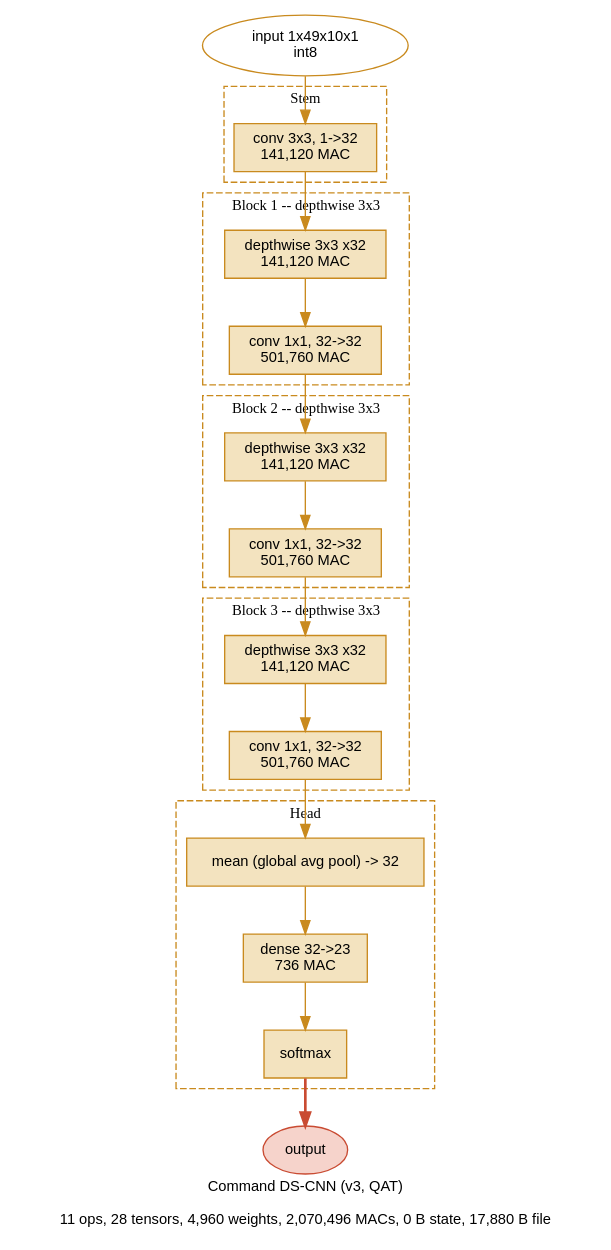
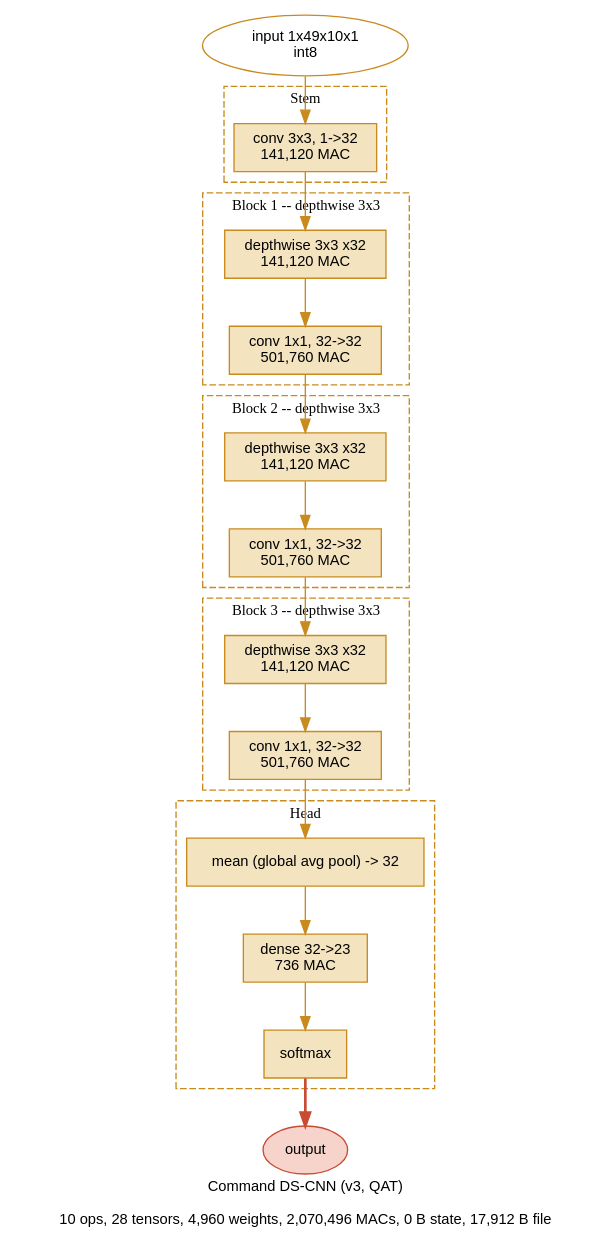
The diagram in docs/sphinx/_generated/command.dot (ckeller42/kws-de), drawn with Graphviz before and after one commit. The commit also changed 2 other files, not shown here.

```diff
--- a/docs/sphinx/_generated/command.dot
+++ b/docs/sphinx/_generated/command.dot
@@ -1,44 +1,44 @@
 digraph model {
   rankdir=TB;
   node [shape=box, style=filled, fillcolor="#F3E3BF", color="#C98A1E", fontname="Helvetica", fontsize=11];
   edge [fontname="Helvetica", fontsize=9];
   IN [label="input 1x49x10x1\nint8", shape=oval, style=filled, fillcolor=white, color="#C98A1E"];
   OUT [label="output", shape=oval, style=filled, fillcolor="#F6D3CB", color="#C94B32"];
   subgraph cluster_0 {
     label="Stem"; style=dashed; color="#C98A1E"; fontsize=11;
     op0 [label="conv 3x3, 1->32\n141,120 MAC"];
   }
   subgraph cluster_1 {
     label="Block 1 -- depthwise 3x3"; style=dashed; color="#C98A1E"; fontsize=11;
     op1 [label="depthwise 3x3 x32\n141,120 MAC"];
     op2 [label="conv 1x1, 32->32\n501,760 MAC"];
   }
   subgraph cluster_2 {
     label="Block 2 -- depthwise 3x3"; style=dashed; color="#C98A1E"; fontsize=11;
     op3 [label="depthwise 3x3 x32\n141,120 MAC"];
     op4 [label="conv 1x1, 32->32\n501,760 MAC"];
   }
   subgraph cluster_3 {
     label="Block 3 -- depthwise 3x3"; style=dashed; color="#C98A1E"; fontsize=11;
     op5 [label="depthwise 3x3 x32\n141,120 MAC"];
     op6 [label="conv 1x1, 32->32\n501,760 MAC"];
   }
   subgraph cluster_4 {
     label="Head"; style=dashed; color="#C98A1E"; fontsize=11;
     op7 [label="mean (global avg pool) -> 32"];
     op8 [label="dense 32->23\n736 MAC"];
     op9 [label="softmax"];
   }
   IN -> op0 [color="#C98A1E"];
   op0 -> op1 [color="#C98A1E"];
   op1 -> op2 [color="#C98A1E"];
   op2 -> op3 [color="#C98A1E"];
   op3 -> op4 [color="#C98A1E"];
   op4 -> op5 [color="#C98A1E"];
   op5 -> op6 [color="#C98A1E"];
   op6 -> op7 [color="#C98A1E"];
   op7 -> op8 [color="#C98A1E"];
   op8 -> op9 [color="#C98A1E"];
   op9 -> OUT [color="#C94B32", penwidth=2];
-  labelloc="b"; fontsize=11; fontname="Helvetica"; label="Command DS-CNN (v3, QAT)\n\n11 ops, 28 tensors, 4,960 weights, 2,070,496 MACs, 0 B state, 17,880 B file";
+  labelloc="b"; fontsize=11; fontname="Helvetica"; label="Command DS-CNN (v3, QAT)\n\n10 ops, 28 tensors, 4,960 weights, 2,070,496 MACs, 0 B state, 17,912 B file";
 }
```
